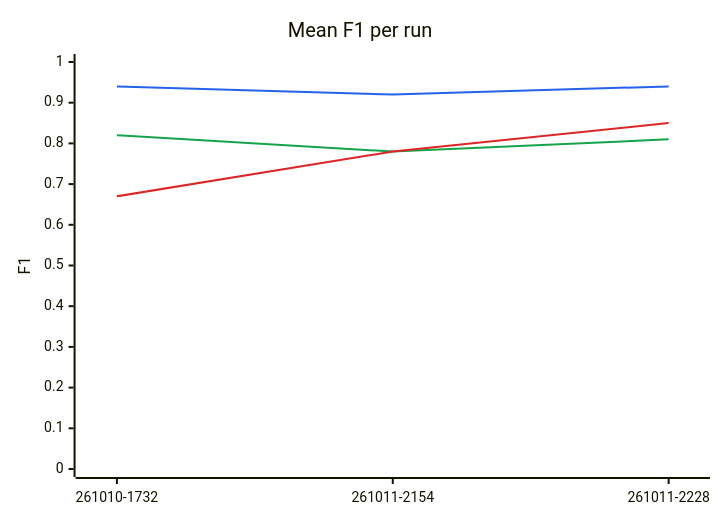
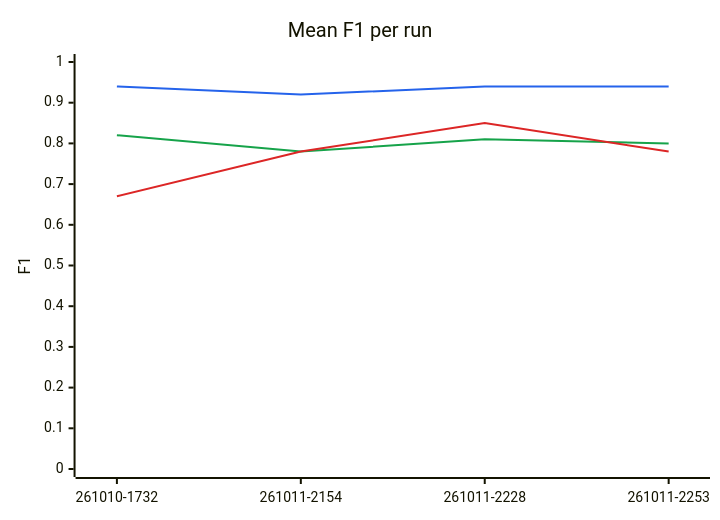
One commit to megagonlabs/blue-data-kb-source changed the first of 2 diagrams in lib/tests/benchmarks/extraction/results/README.md. Above: the diagram before and after it, drawn with Mermaid. The commit also changed other lines of this file and 3 other files, not shown here.

````diff
--- a/lib/tests/benchmarks/extraction/results/README.md
+++ b/lib/tests/benchmarks/extraction/results/README.md
@@ -24,10 +24,10 @@
 ```mermaid
 %%{init: {"themeVariables": {"xyChart": {"plotColorPalette": "#2563eb, #16a34a, #dc2626"}}}}%%
 xychart-beta
     title "Mean F1 per run"
-    x-axis ["261010-1732", "261011-2154", "261011-2228"]
+    x-axis ["261010-1732", "261011-2154", "261011-2228", "261011-2253"]
     y-axis "F1" 0 --> 1
-    line [0.94, 0.92, 0.94]
-    line [0.82, 0.78, 0.81]
-    line [0.67, 0.78, 0.85]
+    line [0.94, 0.92, 0.94, 0.94]
+    line [0.82, 0.78, 0.81, 0.80]
+    line [0.67, 0.78, 0.85, 0.78]
 ```
````
